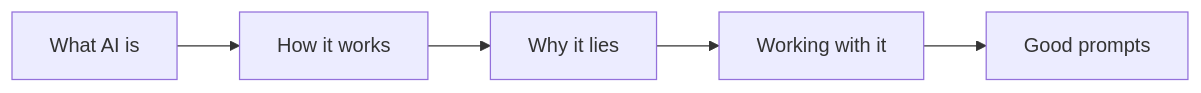
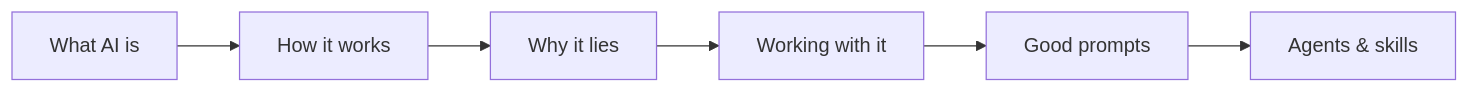
The diagram in training/decks/mermaid/overview-30min/slide-02-1.mmd (revelation-today/hagen-ai-training), drawn with Mermaid before and after one commit. The commit also changed 5 other files, not shown here.

First line of the commit message:
Add agents and skills to the 30-minute intro talk

```diff
--- a/training/decks/mermaid/overview-30min/slide-02-1.mmd
+++ b/training/decks/mermaid/overview-30min/slide-02-1.mmd
@@ -1,2 +1,2 @@
 flowchart LR
-    A["What AI is"] --> B["How it works"] --> C["Why it lies"] --> D["Working with it"] --> E["Good prompts"]
+    A["What AI is"] --> B["How it works"] --> C["Why it lies"] --> D["Working with it"] --> E["Good prompts"] --> F["Agents & skills"]
```
